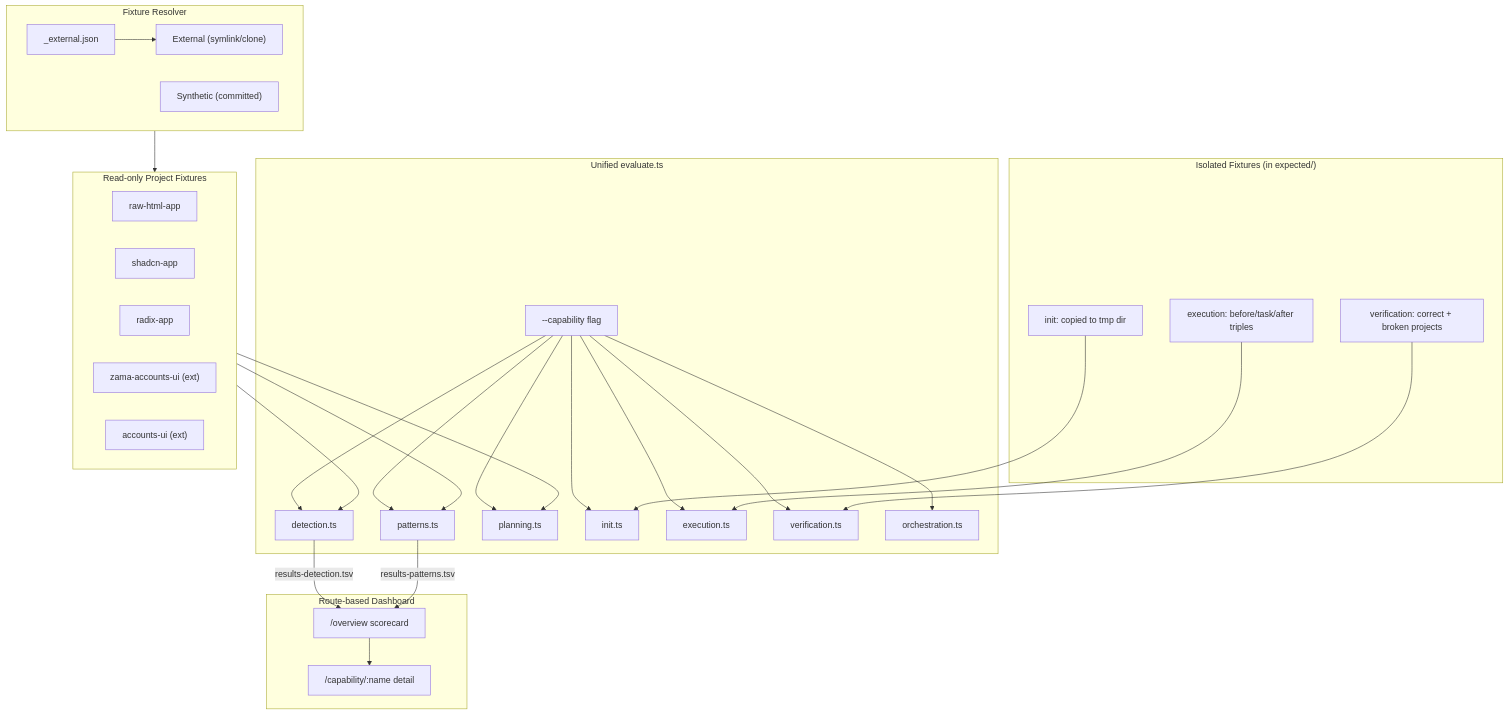
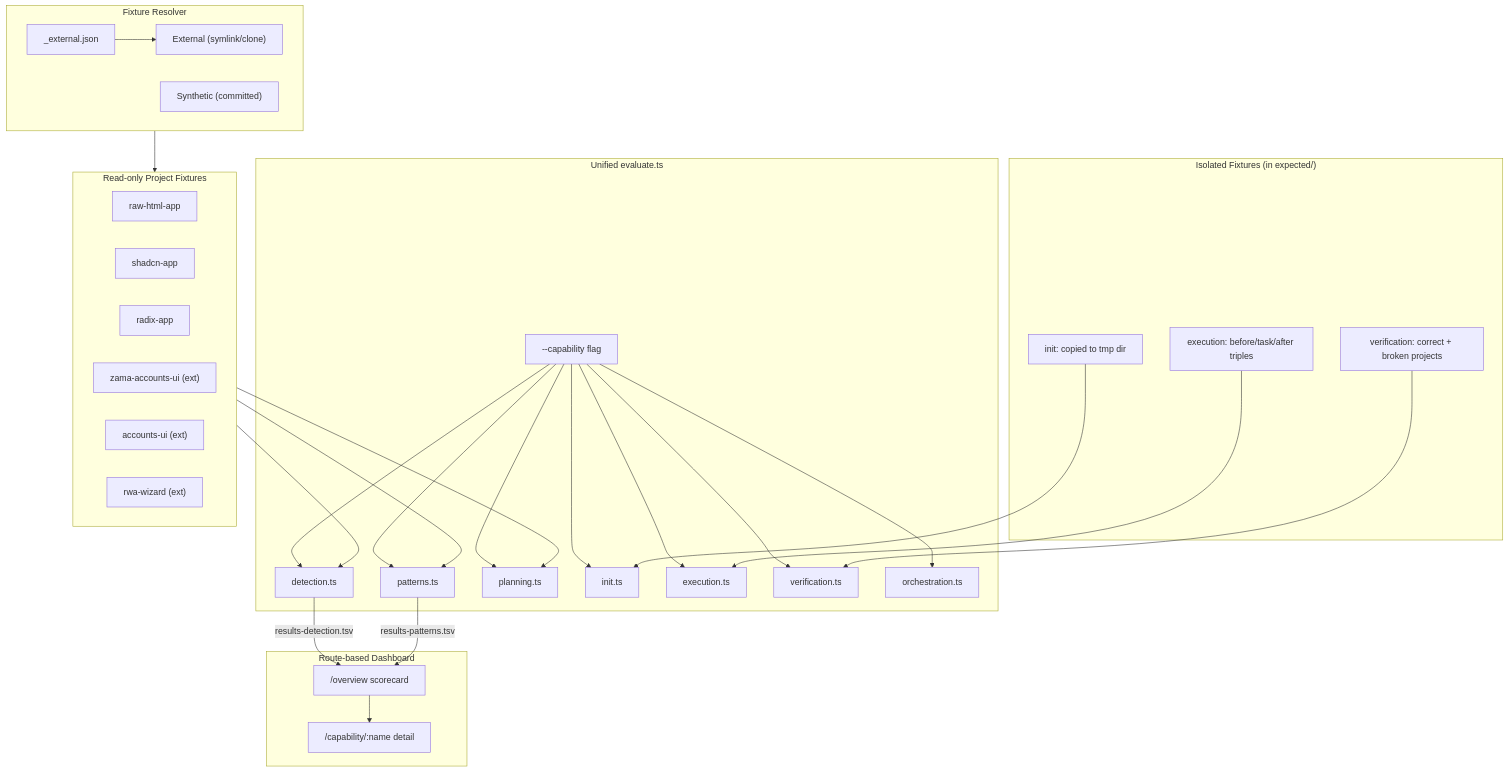
One commit to OpenZeppelin/openzeppelin-ui changed the diagram in packages/cli/autoresearch/README.md. Above: the diagram before and after it, drawn with Mermaid. The commit also changed other lines of this file and 4 other files, not shown here.

First line of the commit message:
feat(common): add rwa-wizard external autoresearch fixture

````diff
--- a/packages/cli/autoresearch/README.md
+++ b/packages/cli/autoresearch/README.md
@@ -23,52 +23,53 @@
 ```mermaid
 flowchart TB
     subgraph eval ["Unified evaluate.ts"]
         flag["--capability flag"]
         flag --> det["detection.ts"]
         flag --> pat["patterns.ts"]
         flag --> plan["planning.ts"]
         flag --> ini["init.ts"]
         flag --> exec["execution.ts"]
         flag --> ver["verification.ts"]
         flag --> orch["orchestration.ts"]
     end
 
     subgraph resolver ["Fixture Resolver"]
         manifest["_external.json"]
         synthetic["Synthetic (committed)"]
         external["External (symlink/clone)"]
         manifest --> external
     end
 
     subgraph shared ["Read-only Project Fixtures"]
         raw["raw-html-app"]
         shd["shadcn-app"]
         rad["radix-app"]
         zam["zama-accounts-ui (ext)"]
         acc["accounts-ui (ext)"]
+        rwa["rwa-wizard (ext)"]
     end
 
     resolver --> shared
     shared --> det
     shared --> pat
     shared --> plan
 
     subgraph writable ["Isolated Fixtures (in expected/)"]
         initFix["init: copied to tmp dir"]
         execFix["execution: before/task/after triples"]
         verFix["verification: correct + broken projects"]
     end
 
     initFix --> ini
     execFix --> exec
     verFix --> ver
 
     subgraph dash ["Route-based Dashboard"]
         overview["/overview scorecard"]
         detail["/capability/:name detail"]
     end
 
     det -->|"results-detection.tsv"| overview
     pat -->|"results-patterns.tsv"| overview
     overview --> detail
 ```
````
